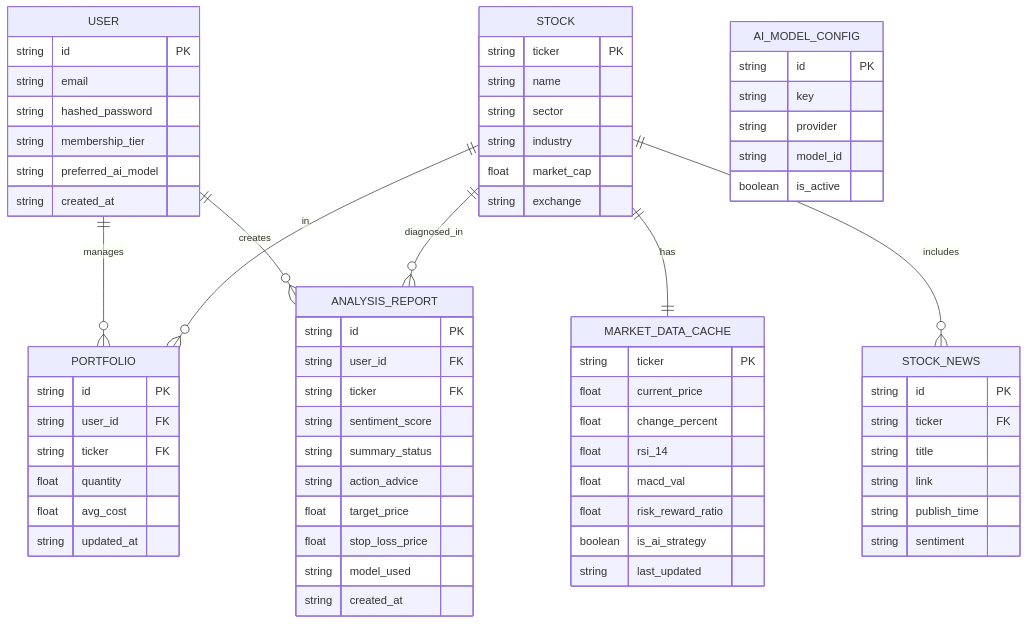
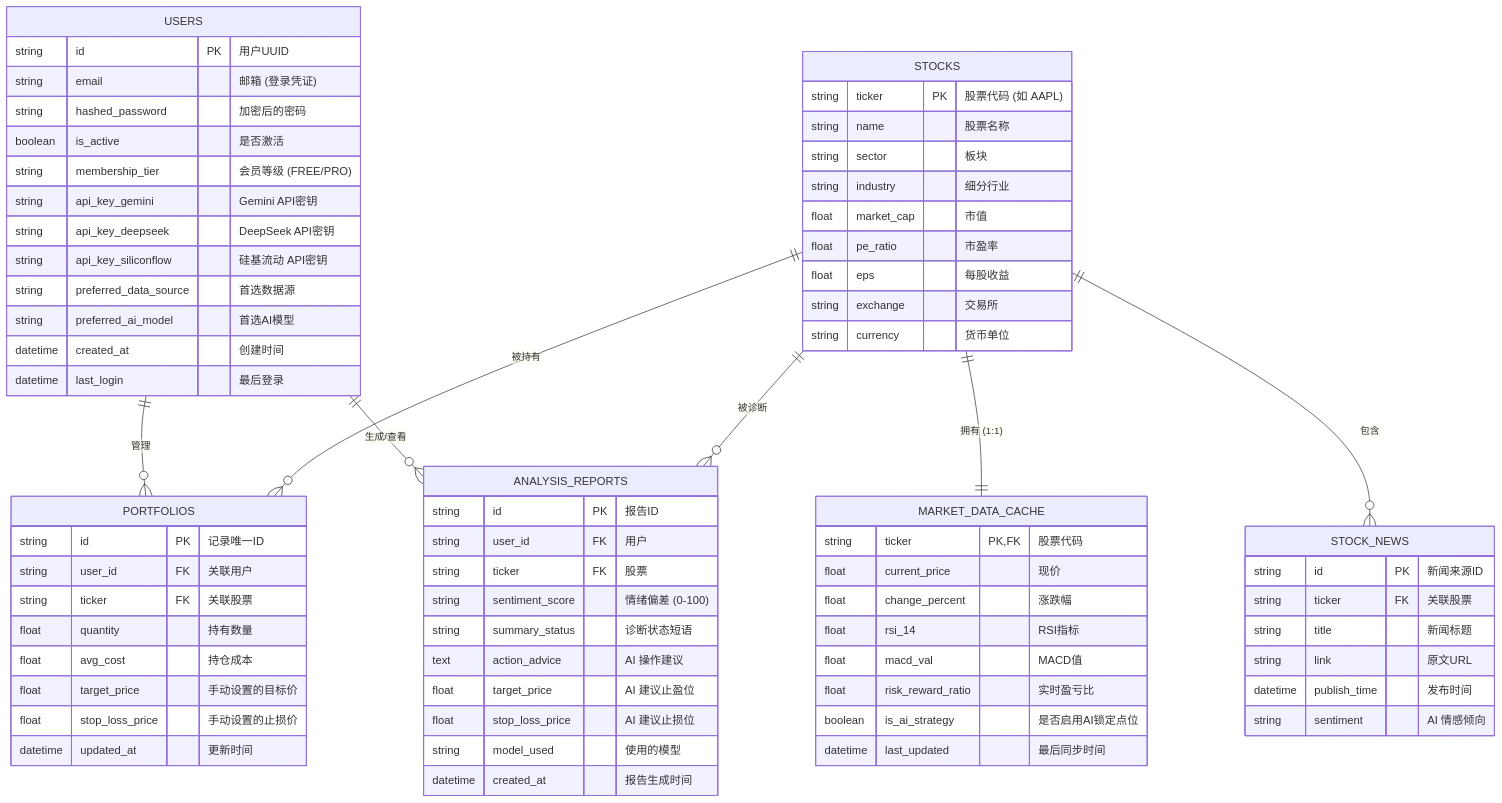
Before and after one commit to breeze-lyf/ai-stock-advisor: the diagram in doc/er_diagram.md, drawn with Mermaid. The commit also changed other lines of this file and 22 other files, not shown here.

Commit message:
feat: Implement portfolio management, AI analysis, and deployment automation with updated models, services, and documentation.

````diff
--- a/doc/er_diagram.md
+++ b/doc/er_diagram.md
@@ -7,77 +7,80 @@
 ```mermaid
 erDiagram
-    USER ||--o{ PORTFOLIO : manages
-    USER ||--o{ ANALYSIS_REPORT : creates
-    STOCK ||--|| MARKET_DATA_CACHE : has
-    STOCK ||--o{ STOCK_NEWS : includes
-    STOCK ||--o{ PORTFOLIO : in
-    STOCK ||--o{ ANALYSIS_REPORT : diagnosed_in
+    USERS ||--o{ PORTFOLIOS : "管理"
+    USERS ||--o{ ANALYSIS_REPORTS : "生成/查看"
+    STOCKS ||--|| MARKET_DATA_CACHE : "拥有 (1:1)"
+    STOCKS ||--o{ STOCK_NEWS : "包含"
+    STOCKS ||--o{ PORTFOLIOS : "被持有"
+    STOCKS ||--o{ ANALYSIS_REPORTS : "被诊断"
 
-    USER {
-        string id PK
-        string email
-        string hashed_password
-        string membership_tier
-        string preferred_ai_model
-        string created_at
+    USERS {
+        string id PK "用户UUID"
+        string email "邮箱 (登录凭证)"
+        string hashed_password "加密后的密码"
+        boolean is_active "是否激活"
+        string membership_tier "会员等级 (FREE/PRO)"
+        string api_key_gemini "Gemini API密钥"
+        string api_key_deepseek "DeepSeek API密钥"
+        string api_key_siliconflow "硅基流动 API密钥"
+        string preferred_data_source "首选数据源"
+        string preferred_ai_model "首选AI模型"
+        datetime created_at "创建时间"
+        datetime last_login "最后登录"
     }
 
-    STOCK {
-        string ticker PK
-        string name
-        string sector
-        string industry
-        float market_cap
-        string exchange
+    STOCKS {
+        string ticker PK "股票代码 (如 AAPL)"
+        string name "股票名称"
+        string sector "板块"
+        string industry "细分行业"
+        float market_cap "市值"
+        float pe_ratio "市盈率"
+        float eps "每股收益"
+        string exchange "交易所"
+        string currency "货币单位"
     }
 
     MARKET_DATA_CACHE {
-        string ticker PK
-        float current_price
-        float change_percent
-        float rsi_14
-        float macd_val
-        float risk_reward_ratio
-        boolean is_ai_strategy
-        string last_updated
+        string ticker PK, FK "股票代码"
+        float current_price "现价"
+        float change_percent "涨跌幅"
+        float rsi_14 "RSI指标"
+        float macd_val "MACD值"
+        float risk_reward_ratio "实时盈亏比"
+        boolean is_ai_strategy "是否启用AI锁定点位"
+        datetime last_updated "最后同步时间"
     }
 
-    PORTFOLIO {
-        string id PK
-        string user_id FK
-        string ticker FK
-        float quantity
-        float avg_cost
-        string updated_at
+    PORTFOLIOS {
+        string id PK "记录唯一ID"
+        string user_id FK "关联用户"
+        string ticker FK "关联股票"
+        float quantity "持有数量"
+        float avg_cost "持仓成本"
+        float target_price "手动设置的目标价"
+        float stop_loss_price "手动设置的止损价"
+        datetime updated_at "更新时间"
     }
 
-    ANALYSIS_REPORT {
-        string id PK
-        string user_id FK
-        string ticker FK
-        string sentiment_score
-        string summary_status
-        string action_advice
-        float target_price
-        float stop_loss_price
-        string model_used
-        string created_at
+    ANALYSIS_REPORTS {
+        string id PK "报告ID"
+        string user_id FK "用户"
+        string ticker FK "股票"
+        string sentiment_score "情绪偏差 (0-100)"
+        string summary_status "诊断状态短语"
+        text action_advice "AI 操作建议"
+        float target_price "AI 建议止盈位"
+        float stop_loss_price "AI 建议止损位"
+        string model_used "使用的模型"
+        datetime created_at "报告生成时间"
     }
 
     STOCK_NEWS {
-        string id PK
-        string ticker FK
-        string title
-        string link
-        string publish_time
-        string sentiment
-    }
-
-    AI_MODEL_CONFIG {
-        string id PK
-        string key
-        string provider
-        string model_id
-        boolean is_active
+        string id PK "新闻来源ID"
+        string ticker FK "关联股票"
+        string title "新闻标题"
+        string link "原文URL"
+        datetime publish_time "发布时间"
+        string sentiment "AI 情感倾向"
     }
 ```
````
